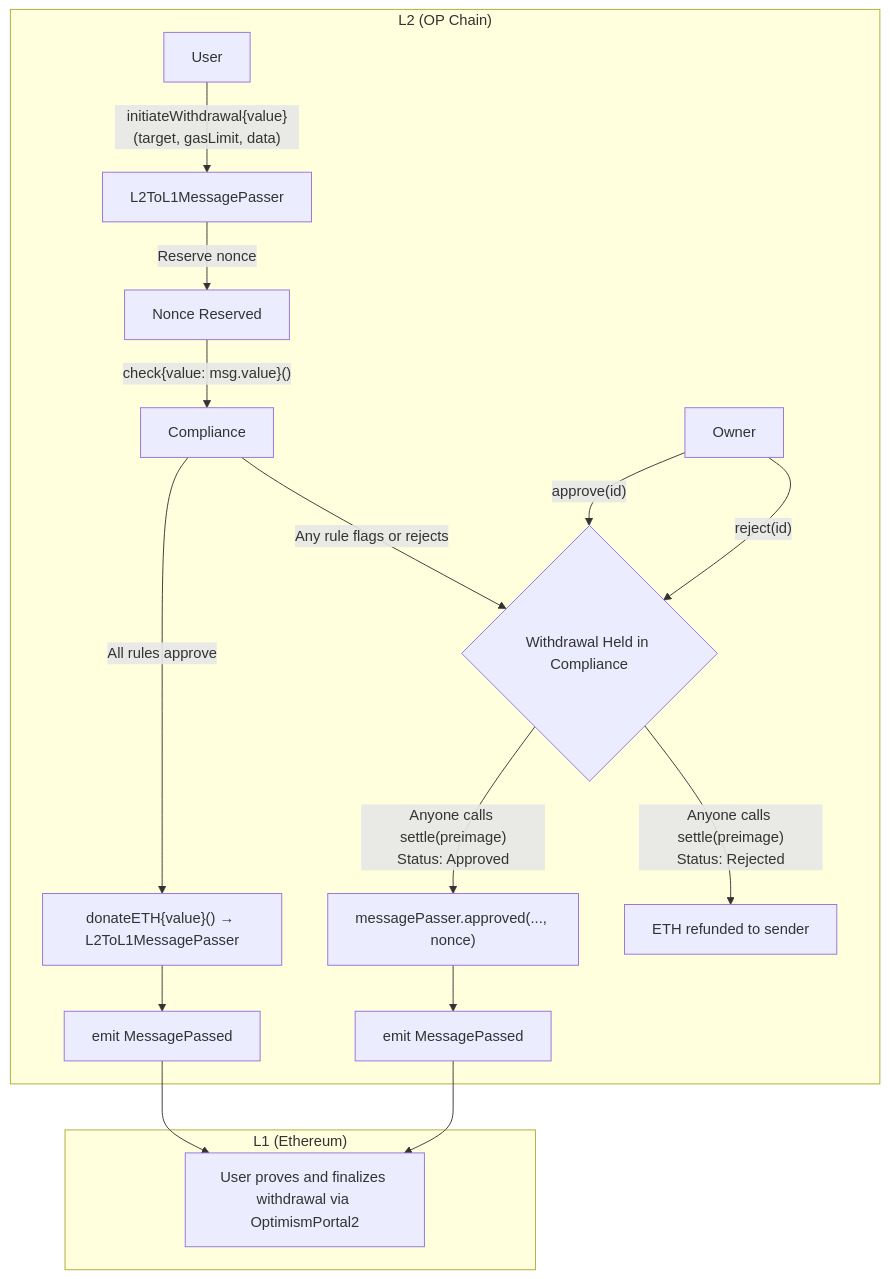
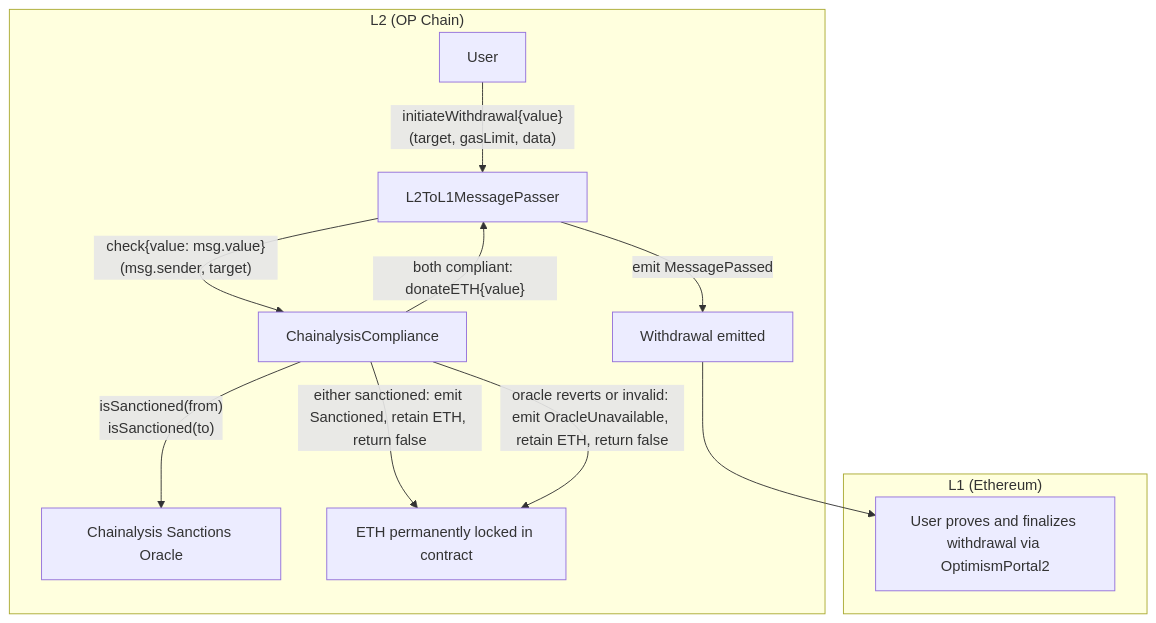
Before and after one commit to ethereum-optimism/design-docs: the second of 2 diagrams in protocol/compliance-module.md, drawn with Mermaid. The commit also changed other lines of this file and 1 other file, not shown here.

First line of the commit message:
refactor: simplify compliance module to Chainalysis-backed ICompliance

````diff
--- a/protocol/compliance-module.md
+++ b/protocol/compliance-module.md
@@ -94,34 +113,25 @@
 ```mermaid
 flowchart TB
     subgraph L2["L2 (OP Chain)"]
         User2[User]
         MessagePasser[L2ToL1MessagePasser]
-        Compliance2[Compliance]
-        Owner2[Owner]
+        Compliance2[ChainalysisCompliance]
+        Oracle2[Chainalysis Sanctions Oracle]
 
         User2 -->|"initiateWithdrawal{value}(target, gasLimit, data)"| MessagePasser
-        MessagePasser -->|"Reserve nonce"| NonceReserved[Nonce Reserved]
-        NonceReserved -->|"check{value: msg.value}()"| Compliance2
+        MessagePasser -->|"check{value: msg.value}(msg.sender, target)"| Compliance2
+        Compliance2 -->|"isSanctioned(from)<br/>isSanctioned(to)"| Oracle2
 
-        Compliance2 -->|"All rules approve"| Donate2["donateETH{value}() → L2ToL1MessagePasser"]
-        Donate2 --> Emit3[emit MessagePassed]
+        Compliance2 -->|"both compliant: donateETH{value}"| MessagePasser
+        MessagePasser -->|"emit MessagePassed"| Emit2[Withdrawal emitted]
 
-        Compliance2 -->|"Any rule flags or rejects"| Held2{Withdrawal Held in Compliance}
-
-        Owner2 -->|"approve(id)"| Held2
-        Owner2 -->|"reject(id)"| Held2
-
-        Held2 -->|"Anyone calls settle(preimage)<br/>Status: Approved"| SettleApproved2["messagePasser.approved(..., nonce)"]
-        SettleApproved2 --> Emit4[emit MessagePassed]
-
-        Held2 -->|"Anyone calls settle(preimage)<br/>Status: Rejected"| Refund2[ETH refunded to sender]
+        Compliance2 -->|"either sanctioned: emit Sanctioned, retain ETH, return false"| Locked2[ETH permanently locked in contract]
+        Compliance2 -->|"oracle reverts or invalid: emit OracleUnavailable, retain ETH, return false"| Locked2
     end
 
     subgraph L1["L1 (Ethereum)"]
         Finalize[User proves and finalizes withdrawal via OptimismPortal2]
     end
 
-    Emit3 --> Finalize
-    Emit4 --> Finalize
-
+    Emit2 --> Finalize
 ```
````
